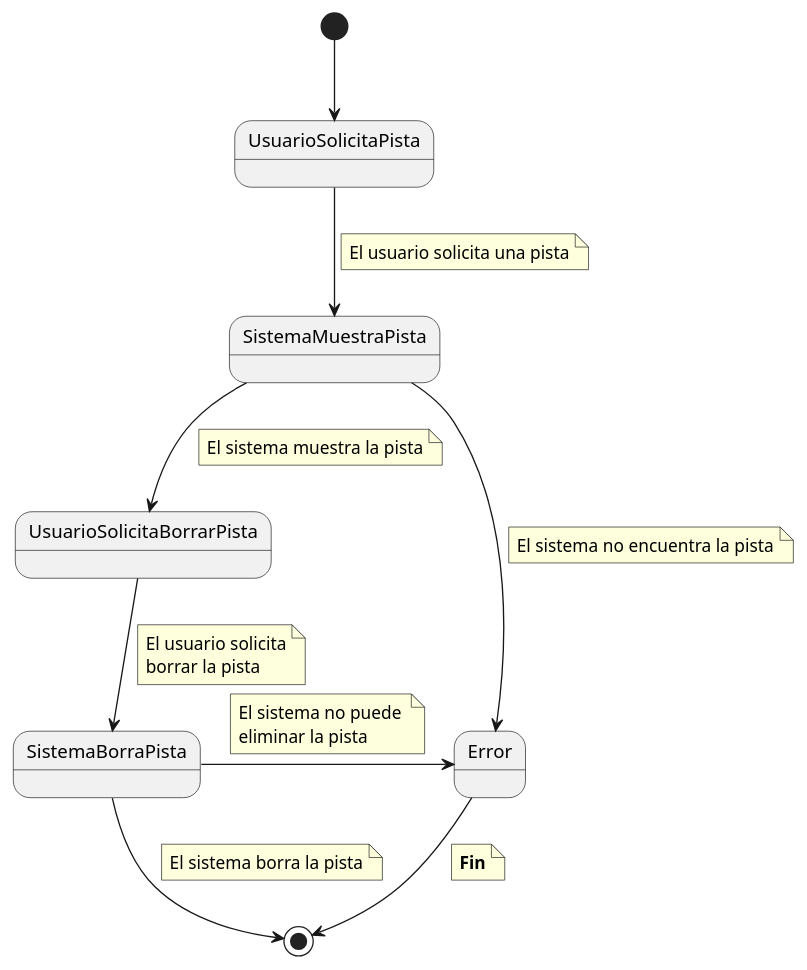
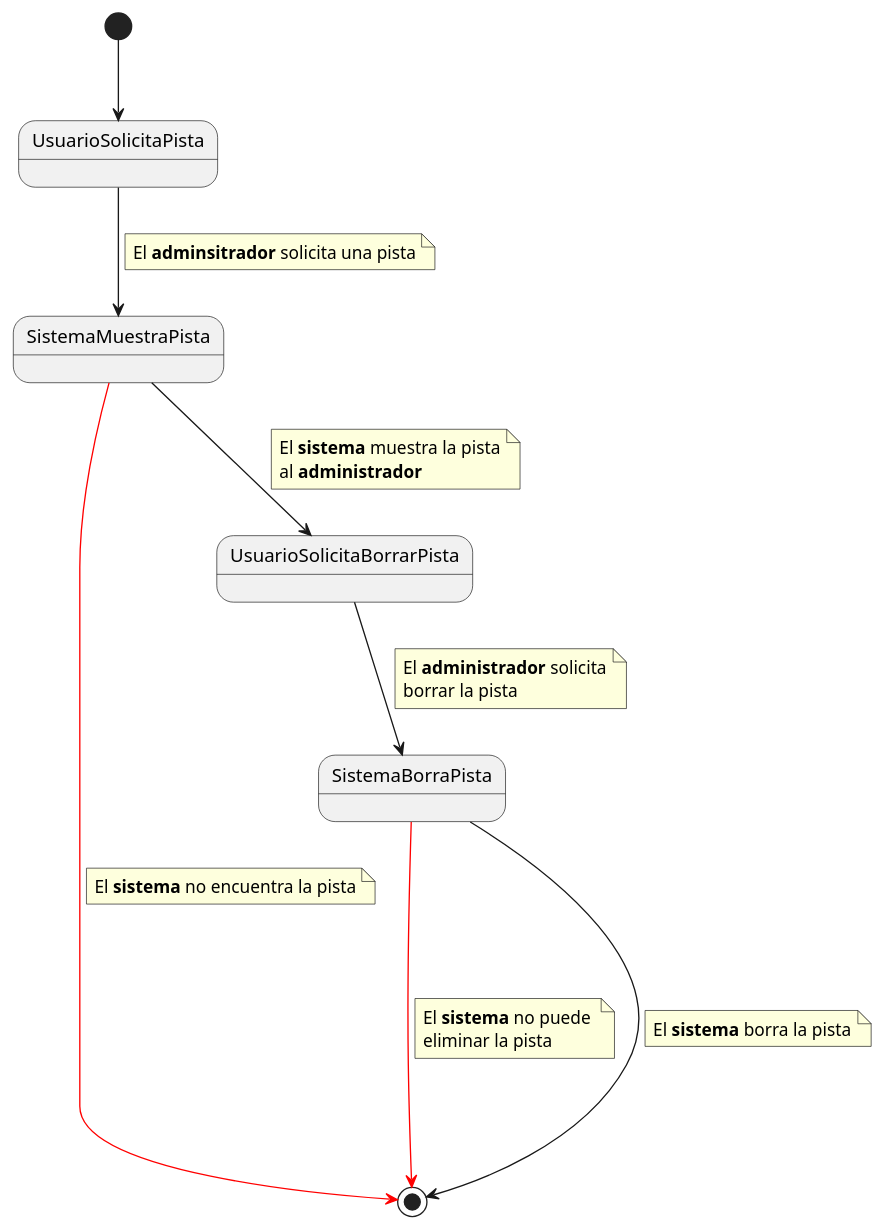
The diagram in CasosDeUso/CduDetallados/CduPistas/BorrarPista.puml (pablarce/23-24-IdSw1-SDR), drawn with PlantUML before and after one commit. The commit also changed 1 other file, not shown here.

Commit message:
Cambios a CDU BorrarPista

```diff
--- a/CasosDeUso/CduDetallados/CduPistas/BorrarPista.puml
+++ b/CasosDeUso/CduDetallados/CduPistas/BorrarPista.puml
@@ -1,35 +1,33 @@
 @startuml 
 [*] --> UsuarioSolicitaPista
-UsuarioSolicitaPista -d-> SistemaMuestraPista
+UsuarioSolicitaPista --> SistemaMuestraPista
 note on link
-    El usuario solicita una pista
+    El **adminsitrador** solicita una pista
 end note
-SistemaMuestraPista -d-> UsuarioSolicitaBorrarPista
+SistemaMuestraPista --> UsuarioSolicitaBorrarPista
 note on link
-    El sistema muestra la pista
+    El **sistema** muestra la pista
+    al **administrador**
 end note
-SistemaMuestraPista -d-> Error
+SistemaMuestraPista -[#red]> [*]
 note on link
-    El sistema no encuentra la pista
+    El **sistema** no encuentra la pista
 end note
-UsuarioSolicitaBorrarPista -d-> SistemaBorraPista
+UsuarioSolicitaBorrarPista --> SistemaBorraPista
 note on link
-    El usuario solicita
+    El **administrador** solicita
     borrar la pista
 end note
-SistemaBorraPista -r-> Error
+SistemaBorraPista -[#red]-> [*]
 note on link
-    El sistema no puede 
+    El **sistema** no puede 
     eliminar la pista
 end note
 
-Error -d-> [*]
+
+SistemaBorraPista ----> [*]
 note on link
-    **Fin**
-end note
-SistemaBorraPista -d-> [*]
-note on link
-    El sistema borra la pista
+    El **sistema** borra la pista
 end note
 
 @enduml
```
